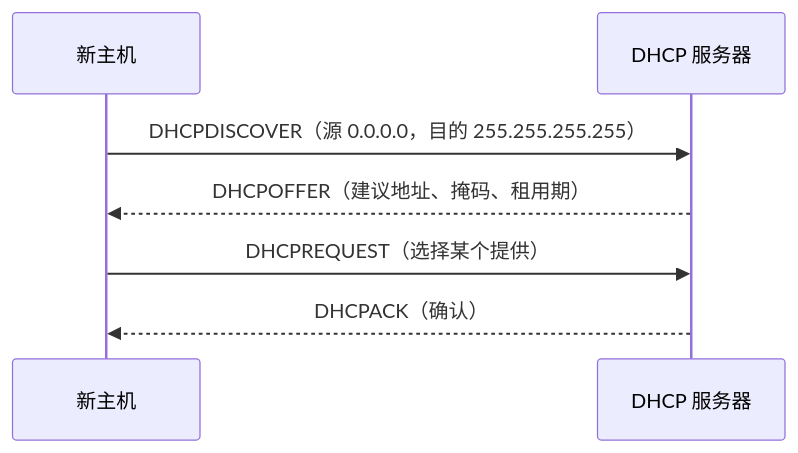
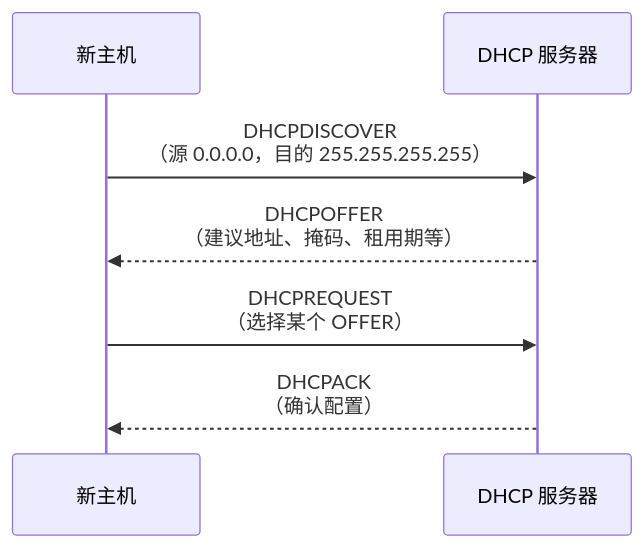
The fifth of 9 diagrams in src/content/posts/网络层：数据平面.md (Meer-Matze/Meer-Matze.github.io), drawn with Mermaid before and after one commit. The commit also changed other lines of this file, not shown here.

````diff
--- a/src/content/posts/网络层：数据平面.md
+++ b/src/content/posts/网络层：数据平面.md
@@ -452,9 +675,9 @@
 ```mermaid
 sequenceDiagram
     participant C as 新主机
     participant S as DHCP 服务器
-    C->>S: DHCPDISCOVER（源 0.0.0.0，目的 255.255.255.255）
-    S-->>C: DHCPOFFER（建议地址、掩码、租用期）
-    C->>S: DHCPREQUEST（选择某个提供）
-    S-->>C: DHCPACK（确认）
+    C->>S: DHCPDISCOVER<br>（源 0.0.0.0，目的 255.255.255.255）
+    S-->>C: DHCPOFFER<br>（建议地址、掩码、租用期等）
+    C->>S: DHCPREQUEST<br>（选择某个 OFFER）
+    S-->>C: DHCPACK<br>（确认配置）
 ```
````
